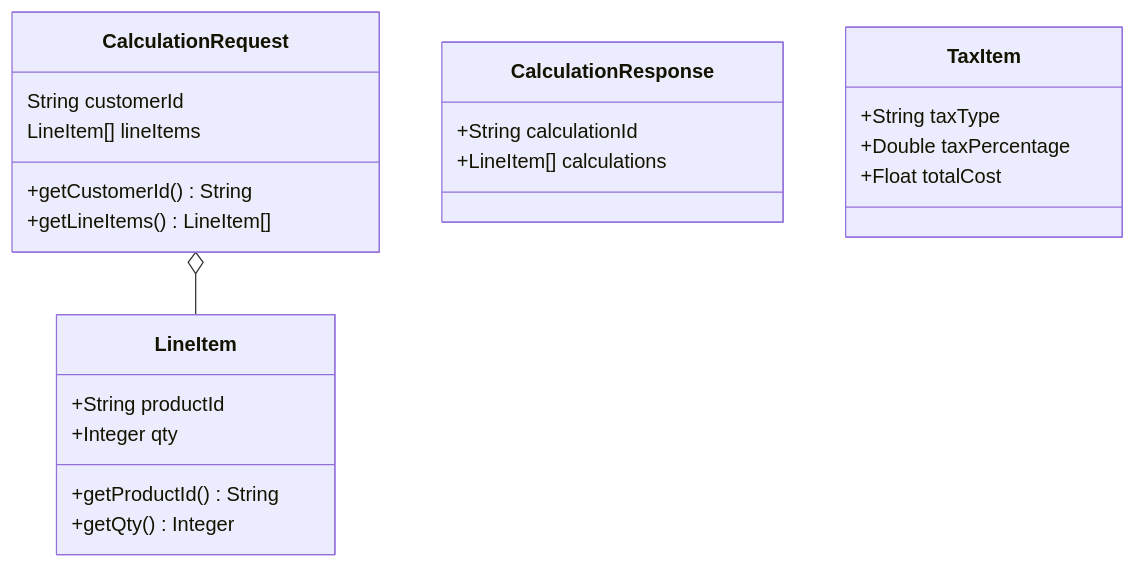
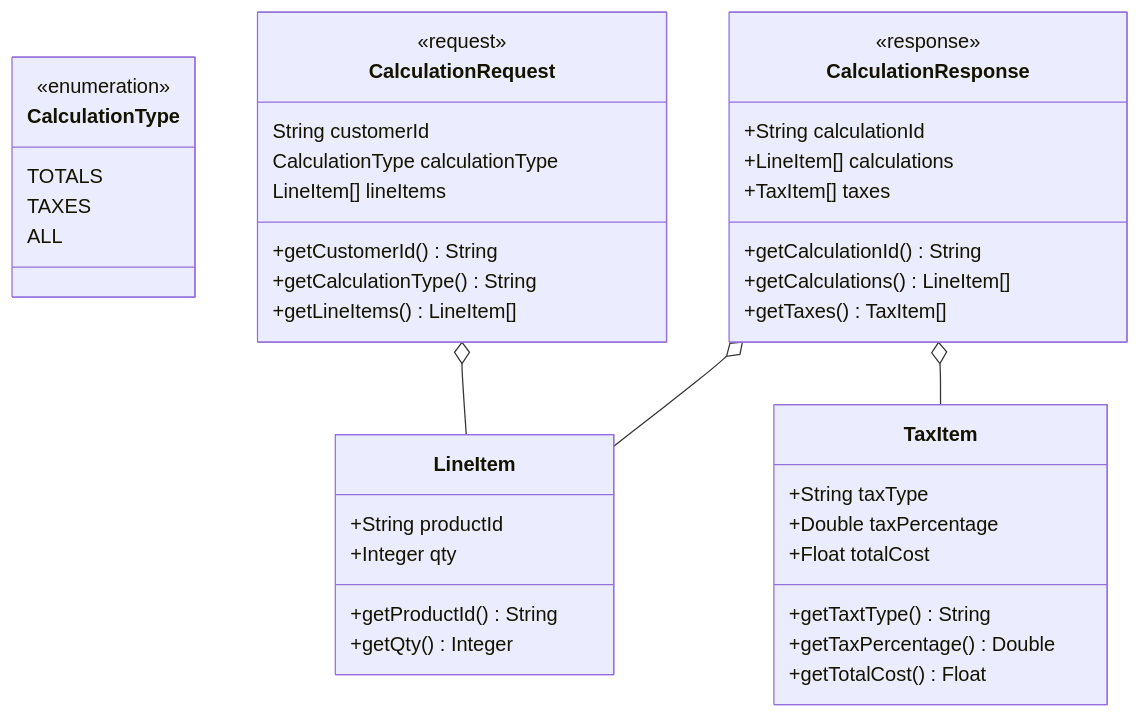
One commit to anthonyikeda-cf/grocery-price-api changed the diagram in README.md. Above: the diagram before and after it, drawn with Mermaid. The commit also changed other lines of this file and 4 other files, not shown here.

````diff
--- a/README.md
+++ b/README.md
@@ -10,31 +10,54 @@
 ```mermaid
 classDiagram
 class LineItem {
     +String productId
     +Integer qty
 
     +getProductId() String
     +getQty() Integer
 }
 
+class CalculationType {
+    <<enumeration>>
+    TOTALS
+    TAXES
+    ALL
+}
+
 class CalculationRequest {
+    <<request>>
     String customerId
+    CalculationType calculationType
     LineItem[] lineItems
 
-    +getCustomerId() String 
+    +getCustomerId() String
+    +getCalculationType() String 
     +getLineItems() LineItem[]
 }
 
 CalculationRequest o-- LineItem
 
 class CalculationResponse {
+    <<response>>
     +String calculationId
     +LineItem[] calculations
+    +TaxItem[] taxes
+
+    +getCalculationId() String
+    +getCalculations() LineItem[]
+    +getTaxes() TaxItem[]
 }
 
 class TaxItem {
     +String taxType
     +Double taxPercentage
     +Float totalCost
+
+    +getTaxtType() String
+    +getTaxPercentage() Double
+    +getTotalCost() Float
 }
+
+CalculationResponse o-- LineItem
+CalculationResponse o-- TaxItem
 ```
````
